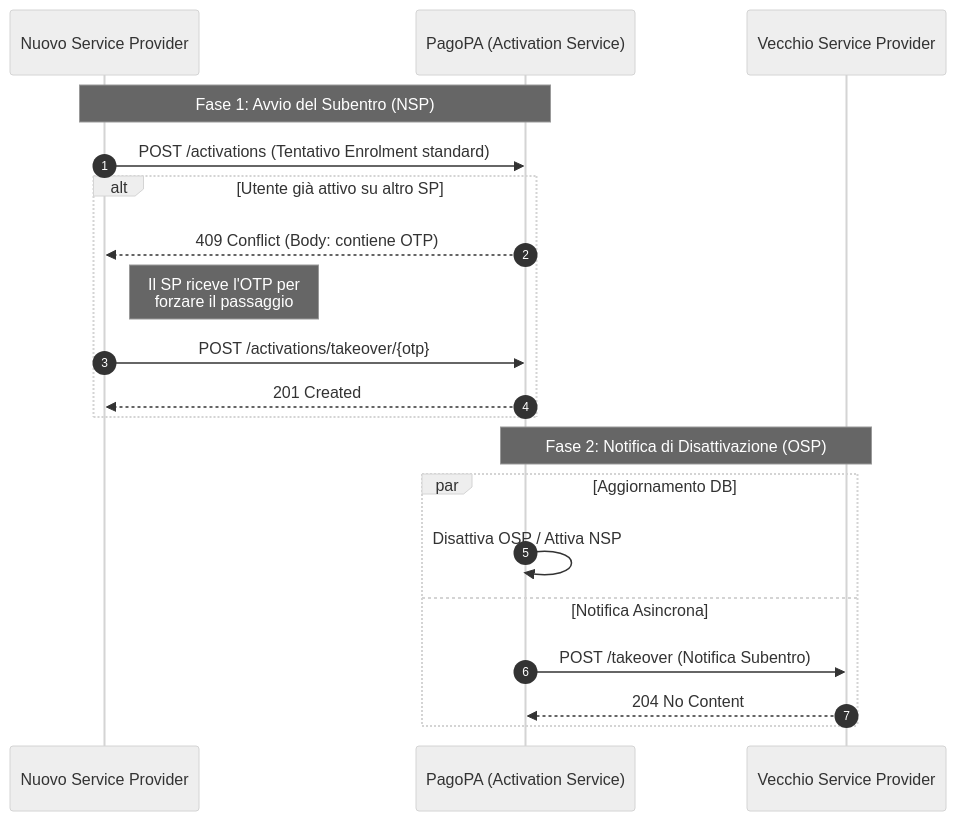
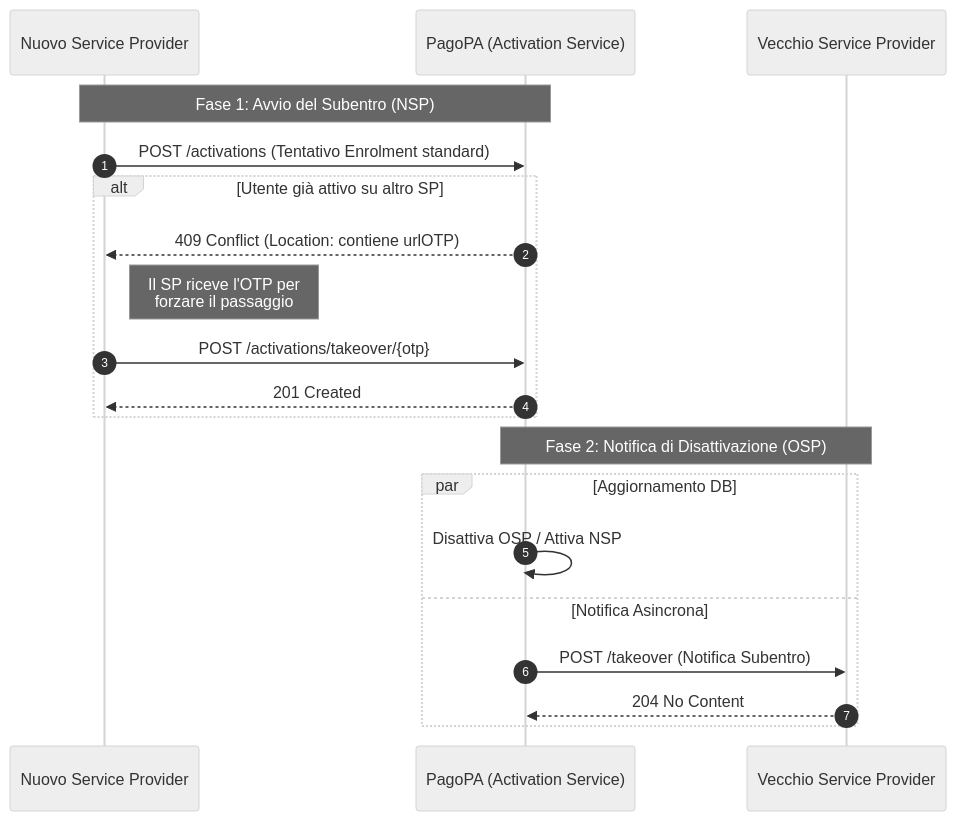
Before and after one commit to pagopa/devportal-docs: the diagram in docs/t7UU6OMWc3V12nDNAZlV/tutorial/come-gestire-il-subentro-di-un-debitore-takeover.md, drawn with Mermaid (neutral theme). The commit also changed 1 other file, not shown here.

Commit message:
GITBOOK-2: Alessio mod Grafico

````diff
--- a/docs/t7UU6OMWc3V12nDNAZlV/tutorial/come-gestire-il-subentro-di-un-debitore-takeover.md
+++ b/docs/t7UU6OMWc3V12nDNAZlV/tutorial/come-gestire-il-subentro-di-un-debitore-takeover.md
@@ -18,27 +18,27 @@
 ```mermaid
 sequenceDiagram
     autonumber
 
     participant NSP as Nuovo Service Provider
     participant AS as PagoPA (Activation Service)
     participant OSP as Vecchio Service Provider
 
     Note over NSP, AS: Fase 1: Avvio del Subentro (NSP)
     NSP->>AS: POST /activations (Tentativo Enrolment standard)
     
     alt Utente già attivo su altro SP
-        AS-->>NSP: 409 Conflict (Body: contiene OTP)
+        AS-->>NSP: 409 Conflict (Location: contiene urlOTP)
         Note right of NSP: Il SP riceve l'OTP per <br>forzare il passaggio
         
         NSP->>AS: POST /activations/takeover/{otp}
         AS-->>NSP: 201 Created
     end
 
     Note over AS, OSP: Fase 2: Notifica di Disattivazione (OSP)
     par Aggiornamento DB
         AS->>AS: Disattiva OSP / Attiva NSP
     and Notifica Asincrona
         AS->>OSP: POST /takeover (Notifica Subentro)
         OSP-->>AS: 204 No Content
     end
 ```
````
